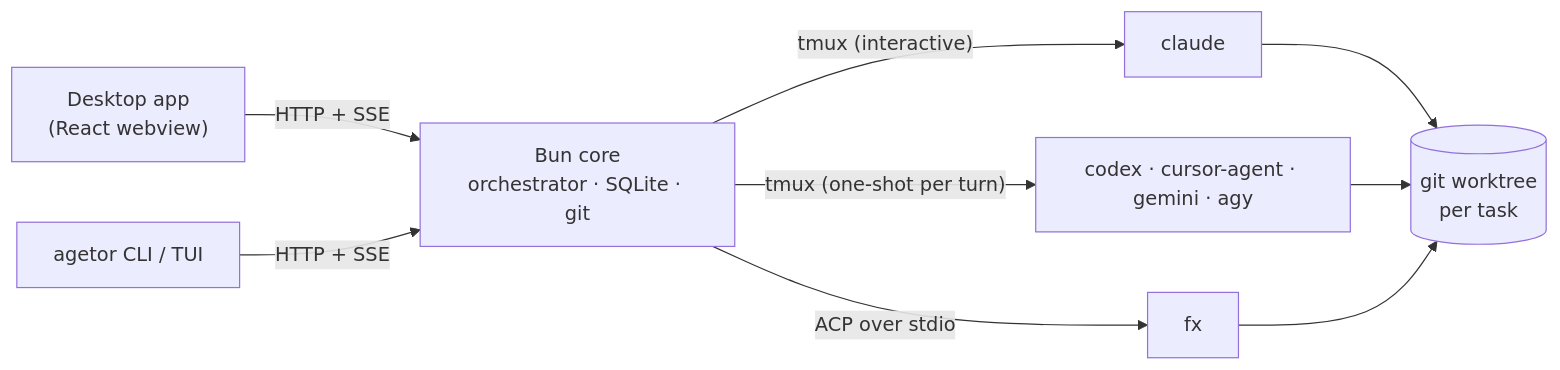
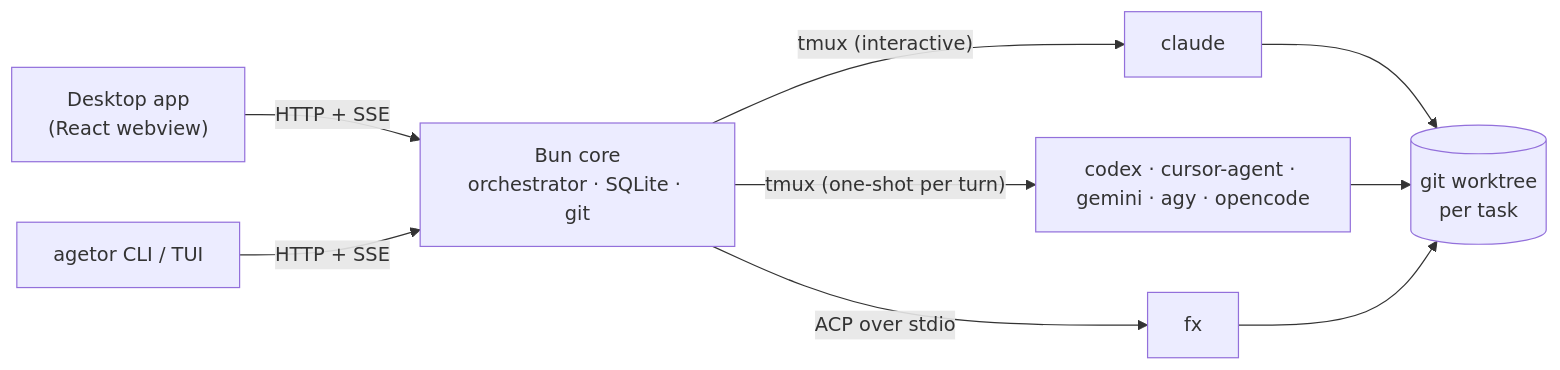
Before and after one commit to alamops/agetor: the second of 2 diagrams in README.md, drawn with Mermaid. The commit also changed other lines of this file and 1 other file, not shown here.

````diff
--- a/README.md
+++ b/README.md
@@ -258,12 +272,12 @@
 ```mermaid
 flowchart LR
     UI["Desktop app<br/>(React webview)"] -- "HTTP + SSE" --> Core
     CLI["agetor CLI / TUI"] -- "HTTP + SSE" --> Core
     Core["Bun core<br/>orchestrator · SQLite · git"]
     Core -- "tmux (interactive)" --> Claude["claude"]
-    Core -- "tmux (one-shot per turn)" --> OneShot["codex · cursor-agent · gemini · agy"]
+    Core -- "tmux (one-shot per turn)" --> OneShot["codex · cursor-agent · gemini · agy · opencode"]
     Core -- "ACP over stdio" --> FX["fx"]
     Claude --> WT[("git worktree<br/>per task")]
     OneShot --> WT
     FX --> WT
 ```
````
